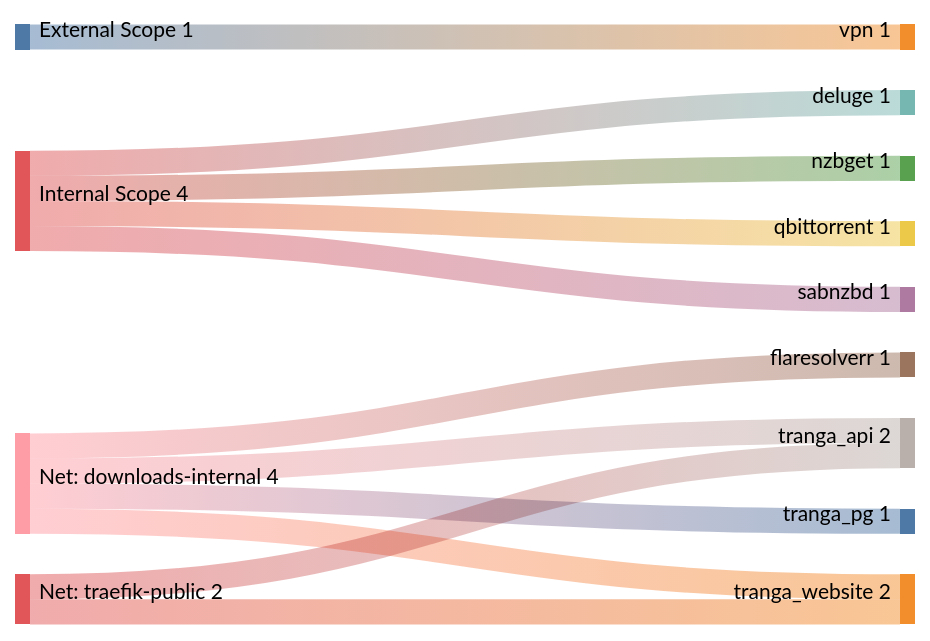
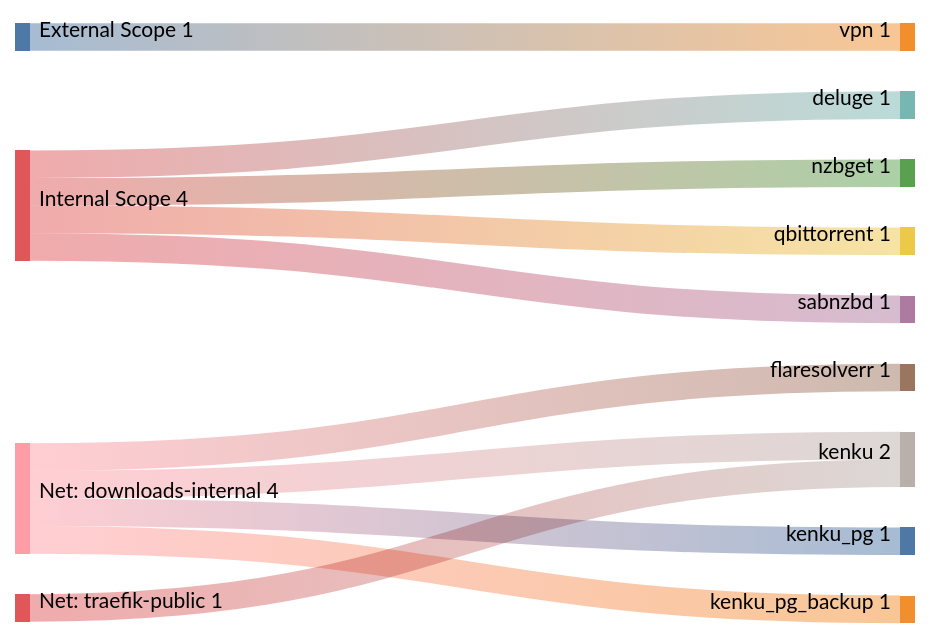
One commit to chutch3/homelab changed the third of 3 diagrams in docs/services/downloads.md. Above: the diagram before and after it, drawn with Mermaid (forest theme). The commit also changed other lines of this file and 7 other files, not shown here.

Commit message:
feat: replace tranga with kenku as manga downloader

````diff
--- a/docs/services/downloads.md
+++ b/docs/services/downloads.md
@@ -325,14 +337,13 @@
 ```mermaid
 sankey-beta
     External Scope, vpn, 1
     Internal Scope, deluge, 1
     Internal Scope, nzbget, 1
     Internal Scope, qbittorrent, 1
     Internal Scope, sabnzbd, 1
     Net: downloads-internal, flaresolverr, 1
-    Net: downloads-internal, tranga_api, 1
-    Net: downloads-internal, tranga_pg, 1
-    Net: downloads-internal, tranga_website, 1
-    Net: traefik-public, tranga_api, 1
-    Net: traefik-public, tranga_website, 1
+    Net: downloads-internal, kenku, 1
+    Net: downloads-internal, kenku_pg, 1
+    Net: downloads-internal, kenku_pg_backup, 1
+    Net: traefik-public, kenku, 1
 ```
````
